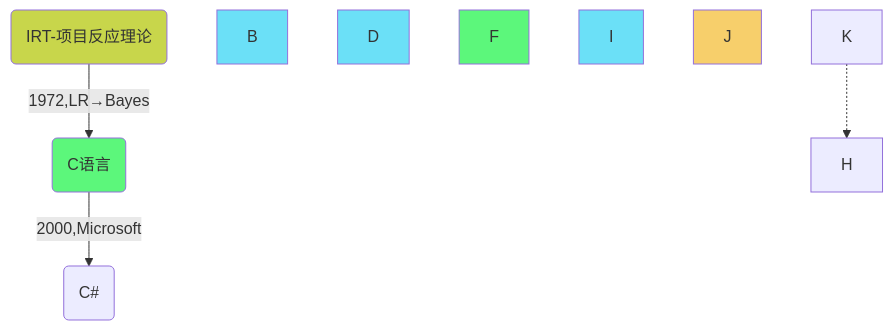
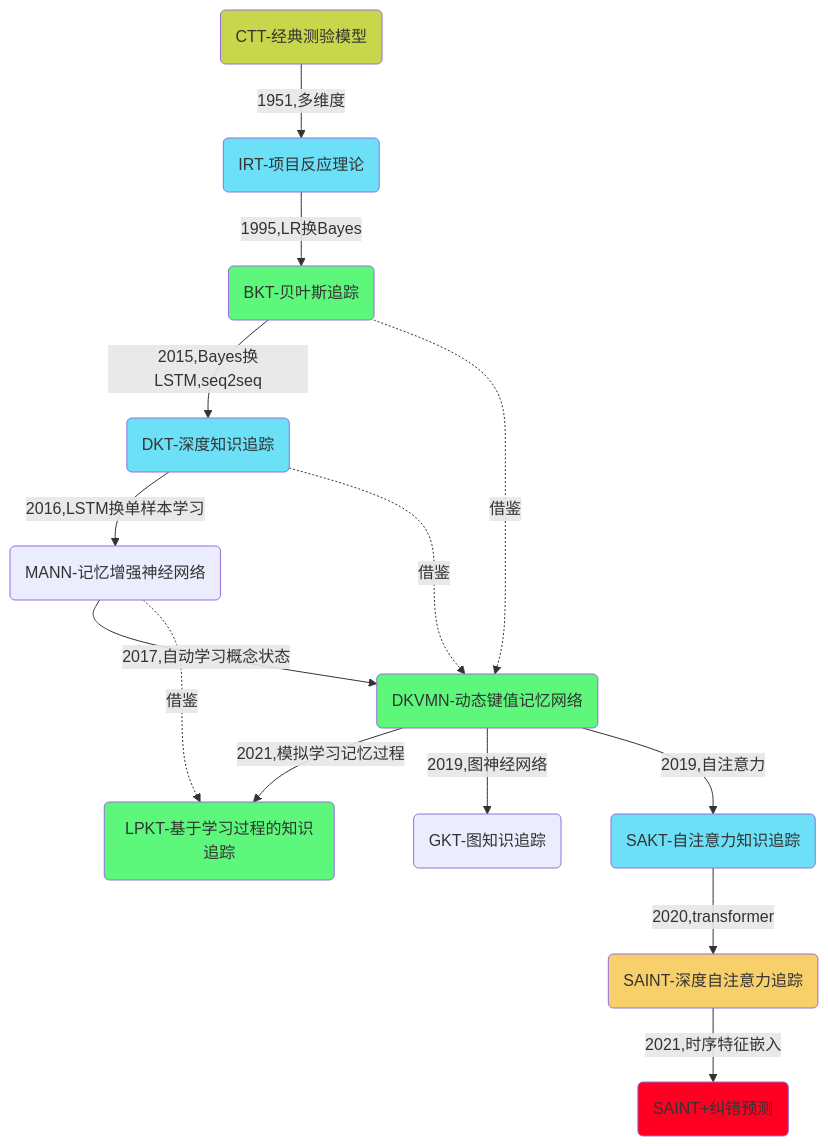
One commit to Gaohaoyang/gaohaoyang.github.io changed the diagram in _posts/2020-11-20-knowledge-tracing.md. Above: the diagram before and after it, drawn with Mermaid. The commit also changed other lines of this file, not shown here.

Commit message:
知识追踪发展历程图解

```diff
--- a/_posts/2020-11-20-knowledge-tracing.md
+++ b/_posts/2020-11-20-knowledge-tracing.md
@@ -110,23 +109,34 @@
 <div class="mermaid">
-%% 编程语言演化图
-    graph TD
-    %% 根节点设置（非必须）
-    A(IRT-项目反应理论):::s
-    classDef s fill:#f02;
-    %% 颜色设置
+graph TD
+    %%知识追踪发展历程
+    %%根节点
+    A(CTT-经典测验模型):::light
+    %%classDef s fill:#6BE0F7; %%颜色定义
     style A fill:#C8D64B;
     style B fill:#6BE0F7;
     style C fill:#5CF77B;
     style D fill:#6BE0F7;
     style F fill:#5CF77B;
-    %%style H fill:#5CF77B;
-    style I fill:#6BE0F7;
-    style J fill:#F7CF6B;
-    %% 依赖关系设置
-    A -->|1972,LR→Bayes| C(C语言)
-    K -.-> H
-    C -->|2000,Microsoft| M(C#)
-
-    click B "https://wqw547243068.github.io/linux#shell语言" "shell用法"
-    click C "https://wqw547243068.github.io/c#c语言" "c/c++语言"
+    style L fill:#5CF77B;
+    style S fill:#6BE0F7;
+    style M fill:#F7CF6B;
+    style N fill:#f02;
+    %%节点关系定义
+    A -->|1951,多维度| B(IRT-项目反应理论)
+    B -->|1995,LR换Bayes| C(BKT-贝叶斯追踪)
+    C -->|2015,Bayes换LSTM,seq2seq| D(DKT-深度知识追踪)
+    D -->|2016,LSTM换单样本学习| E(MANN-记忆增强神经网络)
+    E -->|2017,自动学习概念状态| F(DKVMN-动态键值记忆网络)
+    C -.->|借鉴| F
+    D -.->|借鉴| F
+    F -->|2021,模拟学习记忆过程| L(LPKT-基于学习过程的知识追踪)
+    E -.->|借鉴| L
+    F -->|2019,图神经网络| G(GKT-图知识追踪)
+    F -->|2019,自注意力| S(SAKT-自注意力知识追踪)
+    S -->|2020,transformer| M(SAINT-深度自注意力追踪)
+    M -->|2021,时序特征嵌入| N(SAINT+纠错预测)
+    %%点击行为设置
+    click C "https://wqw547243068.github.io/dkt#bkt" "bkt"
+    click D "https://wqw547243068.github.io/dkt#dkt" "dkt"
+    click F "https://wqw547243068.github.io/dkt#dkvmn%E6%A8%A1%E5%9E%8B" "dkvmn"
 </div>
```
